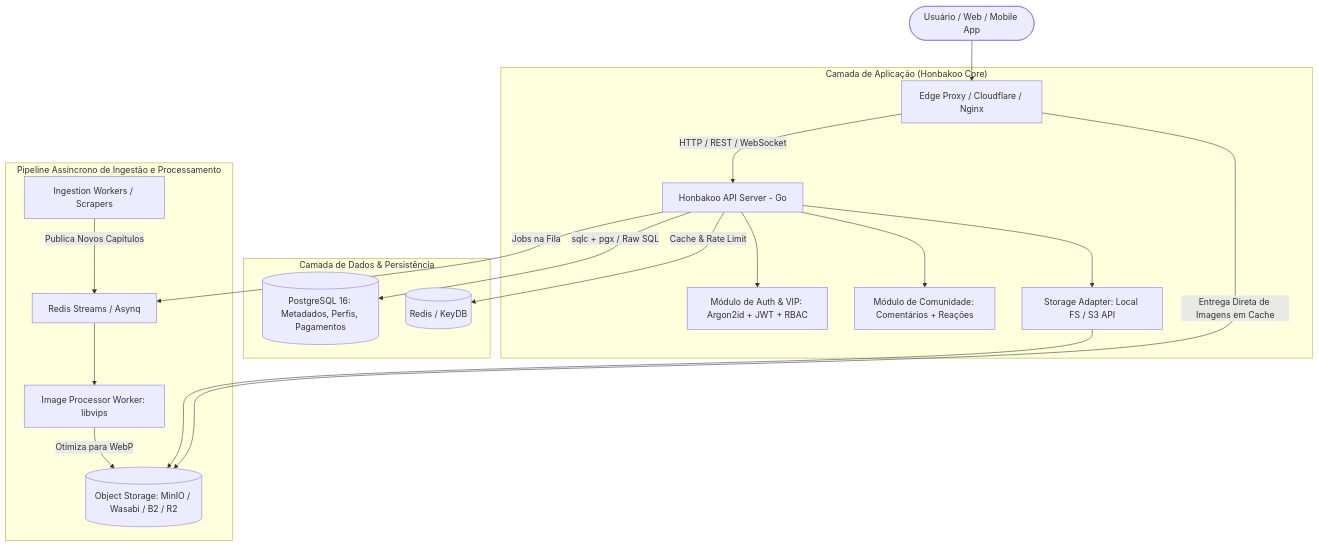
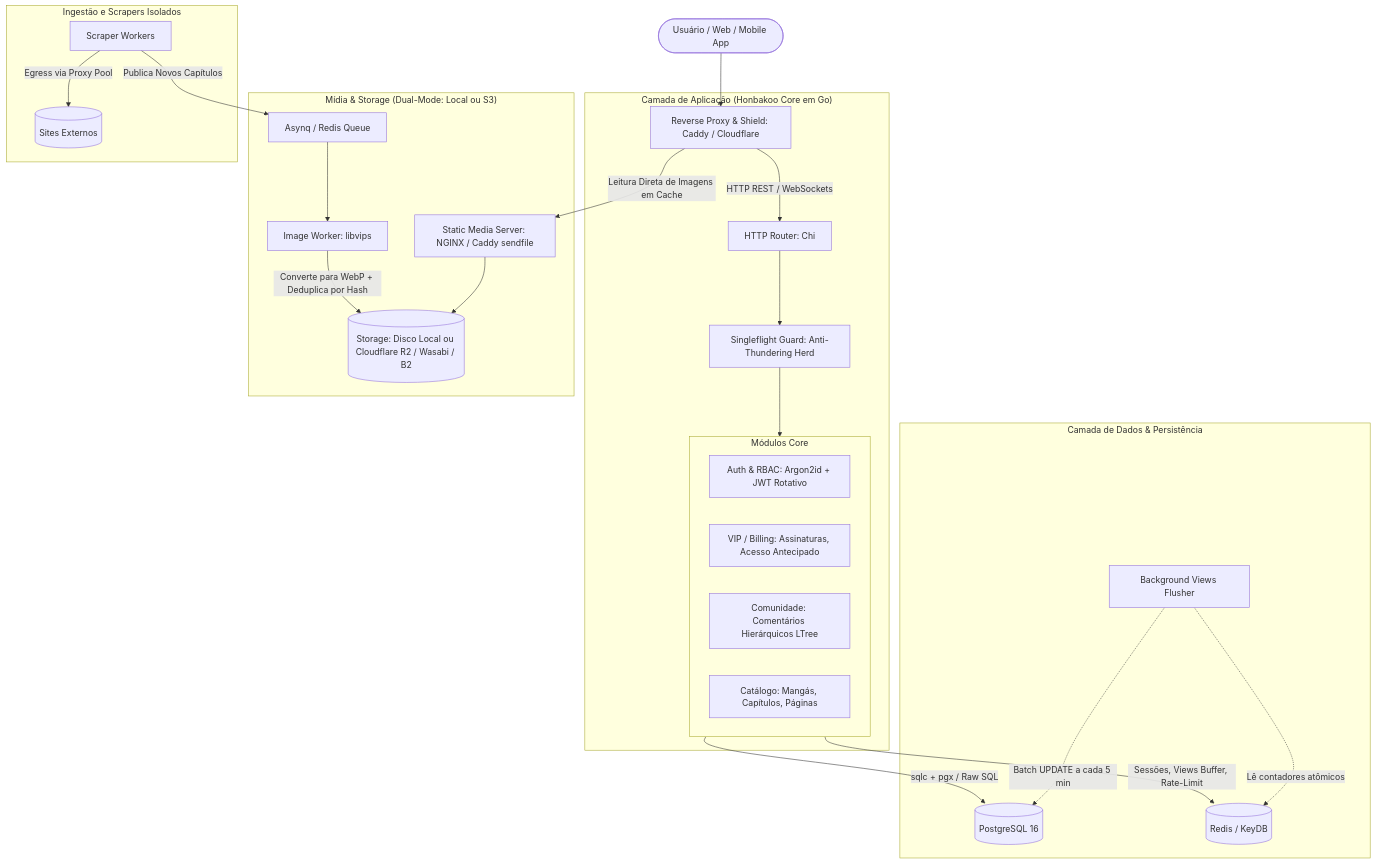
The diagram in ARCHITECTURE.md (Honbakoo/docs), drawn with Mermaid before and after one commit. The commit also changed other lines of this file, not shown here.

Commit message:
docs: expand architecture with budget mode and low-spec optims

````diff
--- a/ARCHITECTURE.md
+++ b/ARCHITECTURE.md
@@ -47,26 +47,37 @@
 ```mermaid
 flowchart TD
-    User([Usuário / Web / Mobile App]) --> Edge[Edge Proxy / Cloudflare / Nginx]
+    Client([Usuário / Web / Mobile App]) --> Edge[Reverse Proxy & Shield: Caddy / Cloudflare]
 
-    subgraph "Camada de Aplicação (Honbakoo Core)"
-        Edge -->|HTTP / REST / WebSocket| API[Honbakoo API Server - Go]
-        API --> Auth[Módulo de Auth & VIP: Argon2id + JWT + RBAC]
-        API --> Community[Módulo de Comunidade: Comentários + Reações]
-        API --> StorageAdapter[Storage Adapter: Local FS / S3 API]
+    subgraph "Camada de Aplicação (Honbakoo Core em Go)"
+        Edge -->|HTTP REST / WebSockets| Router[HTTP Router: Chi]
+        Router --> SingleFlight[Singleflight Guard: Anti-Thundering Herd]
+        SingleFlight --> Modules
+        
+        subgraph Modules [Módulos Core]
+            AuthMod[Auth & RBAC: Argon2id + JWT Rotativo]
+            VipMod[VIP / Billing: Assinaturas, Acesso Antecipado]
+            CommMod[Comunidade: Comentários Hierárquicos LTree]
+            ContentMod[Catálogo: Mangás, Capítulos, Páginas]
+        end
     end
 
     subgraph "Camada de Dados & Persistência"
-        API -->|sqlc + pgx / Raw SQL| Postgres[(PostgreSQL 16: Metadados, Perfis, Pagamentos)]
-        API -->|Cache & Rate Limit| RedisCache[(Redis / KeyDB)]
+        Modules -->|sqlc + pgx / Raw SQL| PG[(PostgreSQL 16)]
+        Modules -->|Sessões, Views Buffer, Rate-Limit| Cache[(Redis / KeyDB)]
+        FlushWorker[Background Views Flusher] -.->|Batch UPDATE a cada 5 min| PG
+        FlushWorker -.->|Lê contadores atômicos| Cache
     end
 
-    subgraph "Pipeline Assíncrono de Ingestão e Processamento"
-        API -->|Jobs na Fila| JobQueue[Redis Streams / Asynq]
-        IngestWorkers[Ingestion Workers / Scrapers] -->|Publica Novos Capítulos| JobQueue
-        JobQueue --> MediaWorker[Image Processor Worker: libvips]
-        MediaWorker -->|Otimiza para WebP| S3Storage[(Object Storage: MinIO / Wasabi / B2 / R2)]
+    subgraph "Mídia & Storage (Dual-Mode: Local ou S3)"
+        Edge -->|Leitura Direta de Imagens em Cache| MediaServer[Static Media Server: NGINX / Caddy sendfile]
+        MediaServer --> Storage[(Storage: Disco Local ou Cloudflare R2 / Wasabi / B2)]
+        
+        JobQueue[Asynq / Redis Queue] --> ImgWorker[Image Worker: libvips]
+        ImgWorker -->|Converte para WebP + Deduplica por Hash| Storage
     end
 
-    StorageAdapter --> S3Storage
-    Edge -->|Entrega Direta de Imagens em Cache| S3Storage
+    subgraph "Ingestão e Scrapers Isolados"
+        ScraperWorker[Scraper Workers] -->|Egress via Proxy Pool| ExternalSources[(Sites Externos)]
+        ScraperWorker -->|Publica Novos Capítulos| JobQueue
+    end
 ```
````
